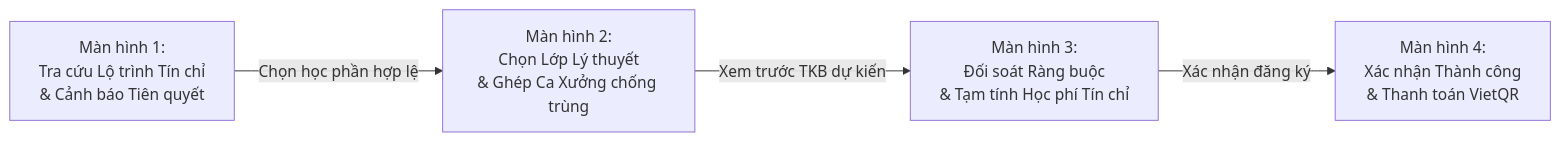
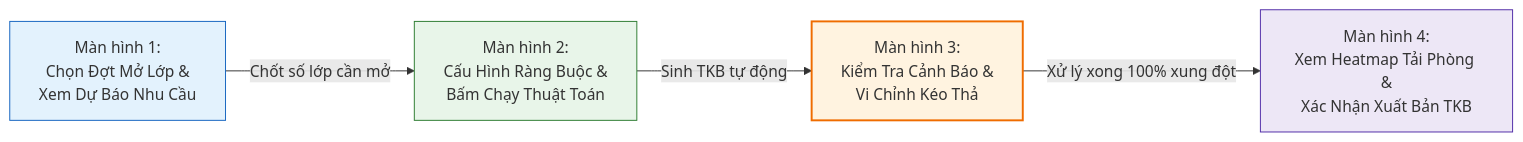
One commit to cacancap/IT3120_QuanLyDaoTao changed the third of 3 diagrams in bai-tap-1/BAO-CAO-TONG-HOP-NHOM.md. Above: the diagram before and after it, drawn with Mermaid. The commit also changed other lines of this file and 1 other file, not shown here.

````diff
--- a/bai-tap-1/BAO-CAO-TONG-HOP-NHOM.md
+++ b/bai-tap-1/BAO-CAO-TONG-HOP-NHOM.md
@@ -361,6 +253,11 @@
 ```mermaid
 flowchart LR
-    M1["Màn hình 1:<br/>Tra cứu Lộ trình Tín chỉ<br/>& Cảnh báo Tiên quyết"] -->|"Chọn học phần hợp lệ"| M2["Màn hình 2:<br/>Chọn Lớp Lý thuyết<br/>& Ghép Ca Xưởng chống trùng"]
-    M2 -->|"Xem trước TKB dự kiến"| M3["Màn hình 3:<br/>Đối soát Ràng buộc<br/>& Tạm tính Học phí Tín chỉ"]
-    M3 -->|"Xác nhận đăng ký"| M4["Màn hình 4:<br/>Xác nhận Thành công<br/>& Thanh toán VietQR"]
+    S1["Màn hình 1:<br/>Chọn Đợt Mở Lớp &<br/>Xem Dự Báo Nhu Cầu"] -->|"Chốt số lớp cần mở"| S2["Màn hình 2:<br/>Cấu Hình Ràng Buộc &<br/>Bấm Chạy Thuật Toán"]
+    S2 -->|"Sinh TKB tự động"| S3["Màn hình 3:<br/>Kiểm Tra Cảnh Báo &<br/>Vi Chỉnh Kéo Thả"]
+    S3 -->|"Xử lý xong 100% xung đột"| S4["Màn hình 4:<br/>Xem Heatmap Tải Phòng &<br/>Xác Nhận Xuất Bản TKB"]
+
+    style S1 fill:#e3f2fd,stroke:#1565c0,stroke-width:1px
+    style S2 fill:#e8f5e9,stroke:#2e7d32,stroke-width:1px
+    style S3 fill:#fff3e0,stroke:#ef6c00,stroke-width:2px
+    style S4 fill:#ede7f6,stroke:#512da8,stroke-width:1px
 ```
````
